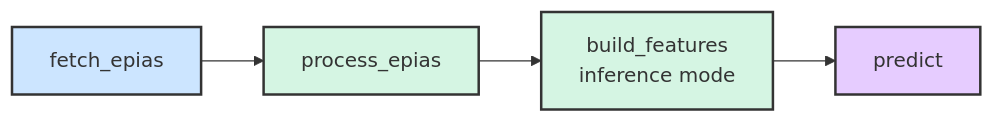
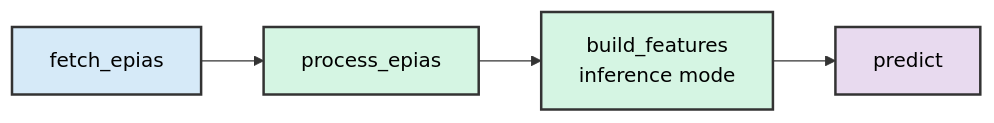
The third of 3 diagrams in README.md (Berkeaziz/Teias_PTF_Forecast), drawn with Mermaid before and after one commit. The commit also changed other lines of this file and 1 other file, not shown here.

````diff
--- a/README.md
+++ b/README.md
@@ -345,21 +345,21 @@
 ```mermaid
 flowchart LR
     fetch_epias[fetch_epias]
     process_epias[process_epias]
     build_features[build_features<br/>inference mode]
     predict[predict]
 
     fetch_epias --> process_epias
     process_epias --> build_features
     build_features --> predict
 
 %% Styles
-classDef ingestion fill:#cce5ff,stroke:#333,stroke-width:2px
-classDef processing fill:#d5f5e3,stroke:#333,stroke-width:2px
-classDef inference fill:#e6ccff,stroke:#333,stroke-width:2px
+classDef ingestion fill:#d6eaf8,stroke:#333,stroke-width:2px,color:#000
+classDef processing fill:#d5f5e3,stroke:#333,stroke-width:2px,color:#000
+classDef inference fill:#e8daef,stroke:#333,stroke-width:2px,color:#000
 
 class fetch_epias ingestion
 class process_epias processing
 class build_features processing
 class predict inference
 ```
````
